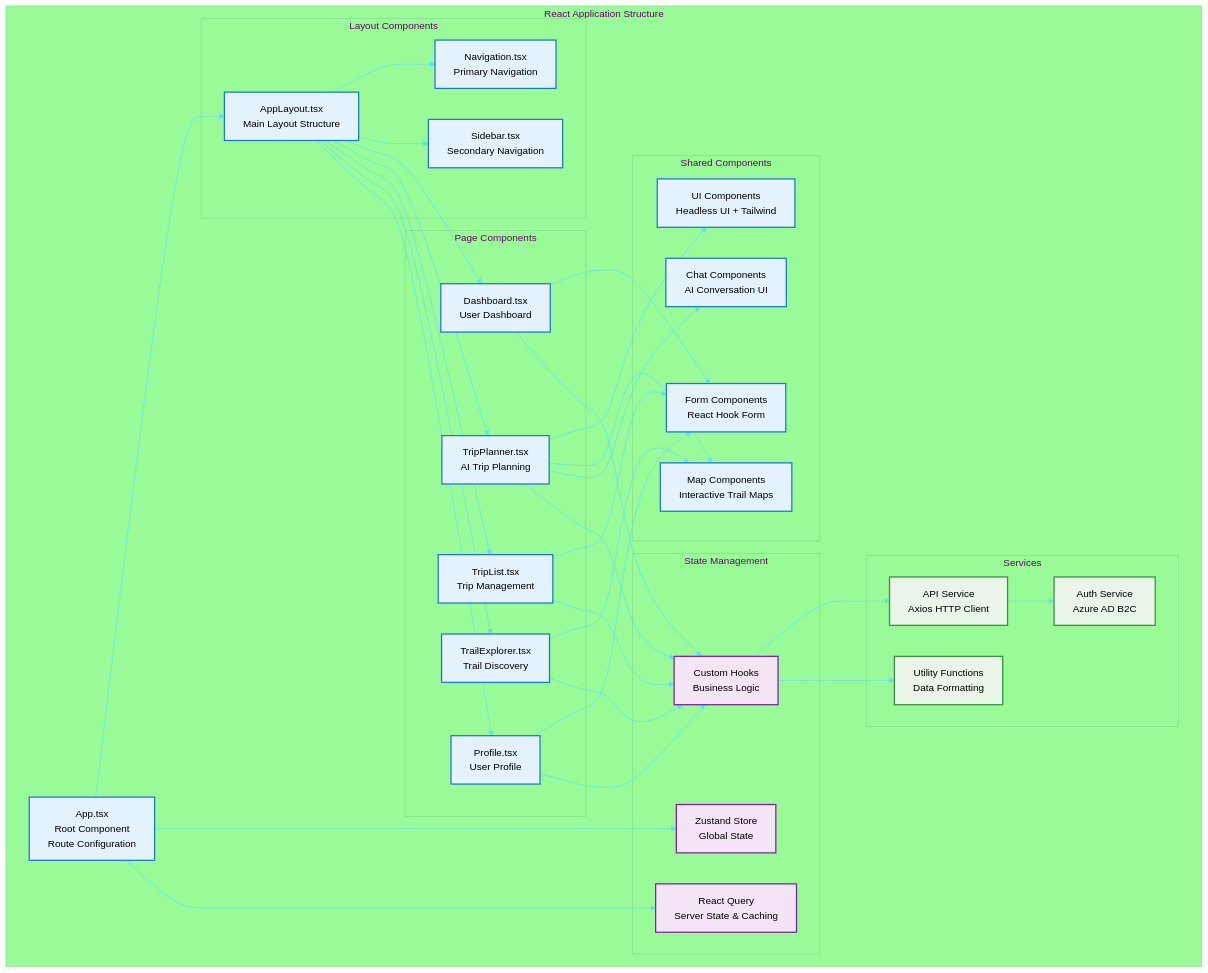
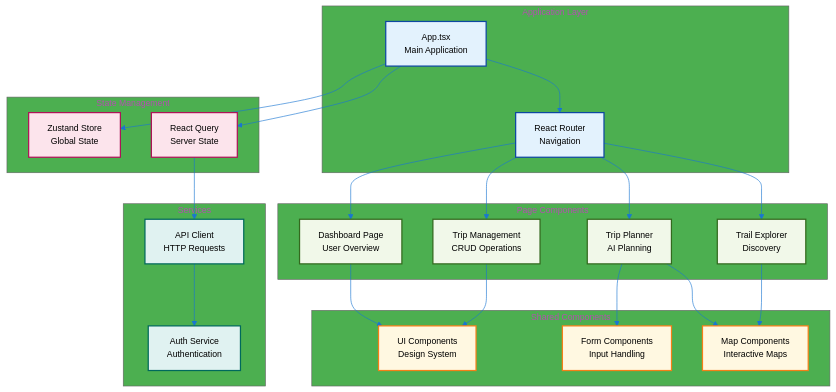
The second of 6 diagrams in ARCHITECTURE.md (danielmeppiel/agentic-hike-planner), drawn with Mermaid before and after one commit. The commit also changed other lines of this file, not shown here.

Commit message:
Simplify ARCHITECTURE.md with accessibility improvements and syntax fixes

````diff
--- a/ARCHITECTURE.md
+++ b/ARCHITECTURE.md
@@ -118,77 +113,76 @@
 ```mermaid
-%%{init: {'theme':'base', 'themeVariables': { 'primaryColor': '#61dafb', 'primaryTextColor': '#000', 'primaryBorderColor': '#21a0c4', 'lineColor': '#61dafb', 'secondaryColor': '#ffd700', 'tertiaryColor': '#98fb98'}}}%%
+%%{init: {
+    'theme': 'base',
+    'themeVariables': {
+        'primaryColor': '#2196f3',
+        'primaryTextColor': '#000000',
+        'primaryBorderColor': '#0d47a1',
+        'lineColor': '#1976d2',
+        'secondaryColor': '#ff9800',
+        'tertiaryColor': '#4caf50',
+        'background': '#ffffff',
+        'mainBkg': '#f8f9fa',
+        'fontFamily': 'system-ui, -apple-system, sans-serif',
+        'fontSize': '14px'
+    }
+}}%%
 graph TB
-    subgraph "React Application Structure"
-        App[App.tsx<br/>Root Component<br/>Route Configuration]
-        
-        subgraph "Layout Components"
-            Layout[AppLayout.tsx<br/>Main Layout Structure]
-            Nav[Navigation.tsx<br/>Primary Navigation]
-            Sidebar[Sidebar.tsx<br/>Secondary Navigation]
-        end
-        
-        subgraph "Page Components"
-            Dashboard[Dashboard.tsx<br/>User Dashboard]
-            TripPlanner[TripPlanner.tsx<br/>AI Trip Planning]
-            TripList[TripList.tsx<br/>Trip Management]
-            TrailExplorer[TrailExplorer.tsx<br/>Trail Discovery]
-            Profile[Profile.tsx<br/>User Profile]
-        end
-        
-        subgraph "Shared Components"
-            Forms[Form Components<br/>React Hook Form]
-            UI[UI Components<br/>Headless UI + Tailwind]
-            Maps[Map Components<br/>Interactive Trail Maps]
-            Chat[Chat Components<br/>AI Conversation UI]
-        end
-        
-        subgraph "State Management"
-            Store[Zustand Store<br/>Global State]
-            Query[React Query<br/>Server State & Caching]
-            Hooks[Custom Hooks<br/>Business Logic]
-        end
-        
-        subgraph "Services"
-            API[API Service<br/>Axios HTTP Client]
-            Auth[Auth Service<br/>Azure AD B2C]
-            Utils[Utility Functions<br/>Data Formatting]
-        end
+    subgraph "Application Layer"
+        App["App.tsx<br/>Main Application"]
+        Router["React Router<br/>Navigation"]
     end
     
-    App --> Layout
-    Layout --> Nav
-    Layout --> Sidebar
-    Layout --> Dashboard
-    Layout --> TripPlanner
-    Layout --> TripList
-    Layout --> TrailExplorer
-    Layout --> Profile
+    subgraph "Page Components"
+        Dashboard["Dashboard Page<br/>User Overview"]
+        Planner["Trip Planner<br/>AI Planning"]
+        Trips["Trip Management<br/>CRUD Operations"]
+        Trails["Trail Explorer<br/>Discovery"]
+    end
     
-    Dashboard --> Forms
-    TripPlanner --> UI
-    TripPlanner --> Maps
-    TripPlanner --> Chat
-    TripList --> Forms
-    TrailExplorer --> Maps
-    Profile --> Forms
+    subgraph "Shared Components"
+        UI["UI Components<br/>Design System"]
+        Forms["Form Components<br/>Input Handling"]
+        Maps["Map Components<br/>Interactive Maps"]
+    end
+    
+    subgraph "State Management"
+        Store["Zustand Store<br/>Global State"]
+        Query["React Query<br/>Server State"]
+    end
+    
+    subgraph "Services"
+        API["API Client<br/>HTTP Requests"]
+        Auth["Auth Service<br/>Authentication"]
+    end
+    
+    %% Connections
+    App --> Router
+    Router --> Dashboard
+    Router --> Planner
+    Router --> Trips
+    Router --> Trails
+    
+    Dashboard --> UI
+    Planner --> Forms
+    Planner --> Maps
+    Trips --> UI
+    Trails --> Maps
     
     App --> Store
     App --> Query
-    Dashboard --> Hooks
-    TripPlanner --> Hooks
-    TripList --> Hooks
-    TrailExplorer --> Hooks
-    Profile --> Hooks
+    Query --> API
+    API --> Auth
     
-    Hooks --> API
-    API --> Auth
-    Hooks --> Utils
+    %% Accessible styling
+    classDef appLayer fill:#e3f2fd,stroke:#0d47a1,stroke-width:2px,color:#000000
+    classDef pageLayer fill:#f1f8e9,stroke:#33691e,stroke-width:2px,color:#000000
+    classDef componentLayer fill:#fff8e1,stroke:#f57f17,stroke-width:2px,color:#000000
+    classDef stateLayer fill:#fce4ec,stroke:#ad1457,stroke-width:2px,color:#000000
+    classDef serviceLayer fill:#e0f2f1,stroke:#00695c,stroke-width:2px,color:#000000
     
-    classDef component fill:#e3f2fd,stroke:#1976d2,stroke-width:2px
-    classDef state fill:#f3e5f5,stroke:#7b1fa2,stroke-width:2px
-    classDef service fill:#e8f5e8,stroke:#388e3c,stroke-width:2px
-    
-    class App,Layout,Nav,Sidebar,Dashboard,TripPlanner,TripList,TrailExplorer,Profile,Forms,UI,Maps,Chat component
-    class Store,Query,Hooks state
-    class API,Auth,Utils service
+    class App,Router appLayer
+    class Dashboard,Planner,Trips,Trails pageLayer
+    class UI,Forms,Maps componentLayer
+    class Store,Query stateLayer
+    class API,Auth serviceLayer
 ```
````
